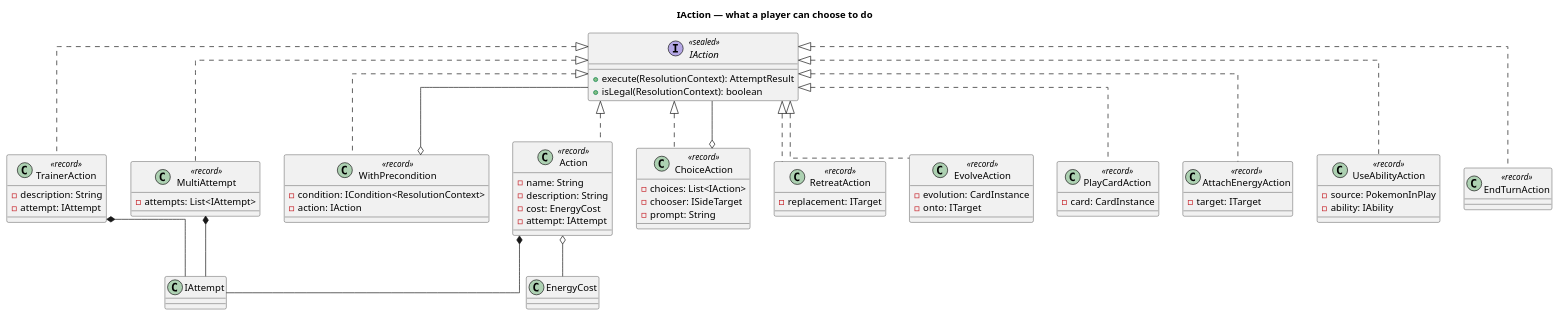
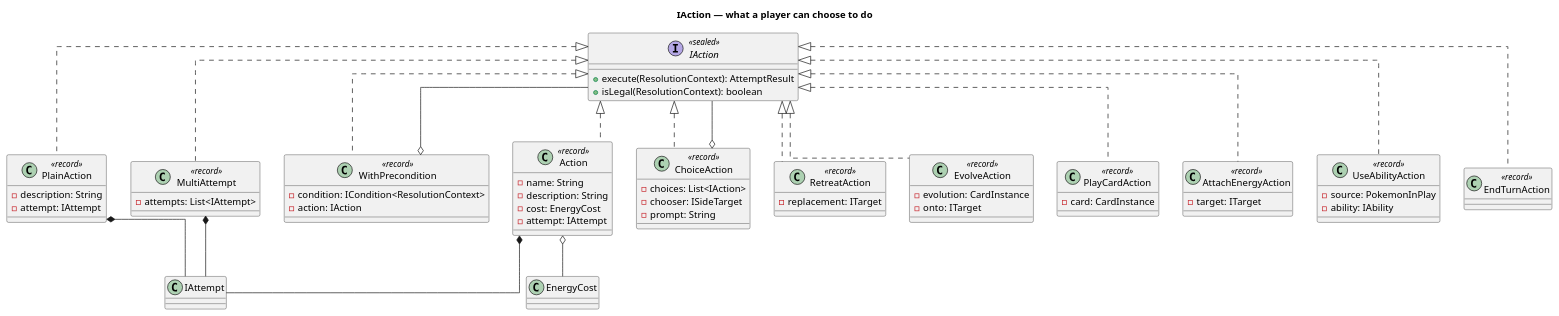
Before and after one commit to Richie-Moon/TCGPocketBattler: the diagram in docs/UML/IAction.puml, drawn with PlantUML. The commit also changed 5 other files, not shown here.

First line of the commit message:
refactor: Rename TrainerAction to PlainAction

```diff
--- a/docs/UML/IAction.puml
+++ b/docs/UML/IAction.puml
@@ -1,89 +1,96 @@
 @startuml
 title IAction — what a player can choose to do
 
 skinparam linetype ortho
 
 interface IAction <<sealed>> {
     + execute(ResolutionContext): AttemptResult
     /' Used by Battle.legalActions to filter what the player is offered.
        See GameFlow.puml. '/
     + isLegal(ResolutionContext): boolean
 }
 
 /' --- printed on cards --- '/
 
 /' An attack. '/
 class Action <<record>> implements IAction {
     - name: String
     - description: String
     /' Gates the attack on attached energy — previously missing, so no attack
        could be restricted at all. See Energy.puml. '/
     - cost: EnergyCost
     - attempt: IAttempt
 }
 
-class TrainerAction <<record>> implements IAction {
+/'
+  No cost and no gate: an attempt, and nothing else. Serves a Trainer card AND
+  an ActivatedAbility, which look unrelated but are the same shape once the
+  gating is taken out. The gating lives in PlayCardAction and UseAbilityAction
+  respectively, which is why isLegal here is unconditionally true.
+  (Was TrainerAction, which read wrong on a Pokemon ability.)
+'/
+class PlainAction <<record>> implements IAction {
     - description: String
     - attempt: IAttempt
 }
 
 /' --- combinators --- '/
 
 class WithPrecondition <<record>> implements IAction {
     - condition: ICondition<ResolutionContext>
     - action: IAction
 }
 
 /' Each attempt is made independently: one failing does not stop the next.
    Contrast Attempt, which short-circuits internally. '/
 class MultiAttempt <<record>> implements IAction {
     - attempts: List<IAttempt>
 }
 
 /' "Choose one:" — the branch is picked at resolution time by an agent, not
    baked in when the card is built. See IPlayer.puml. '/
 class ChoiceAction <<record>> implements IAction {
     - choices: List<IAction>
     - chooser: ISideTarget
     - prompt: String
 }
 
 /' --- generated by the engine, not printed on a card --- '/
 
 /'
   Battle.legalActions(Side) returns these alongside the active Pokemon's
   attacks, so an IPlayer picks its whole turn from one uniform list. This is
   the piece that turns the model into a simulator rather than a card renderer.
 '/
 class RetreatAction <<record>> implements IAction {
     - replacement: ITarget
 }
 
 class EvolveAction <<record>> implements IAction {
     - evolution: CardInstance
     - onto: ITarget
 }
 
 class PlayCardAction <<record>> implements IAction {
     - card: CardInstance
 }
 
 class AttachEnergyAction <<record>> implements IAction {
     - target: ITarget
 }
 
 class UseAbilityAction <<record>> implements IAction {
     - source: PokemonInPlay
     - ability: IAbility
 }
 
 class EndTurnAction <<record>> implements IAction {}
 
 Action *-- IAttempt
 Action o-- EnergyCost
-TrainerAction *-- IAttempt
+PlainAction *-- IAttempt
 WithPrecondition o-- IAction
 MultiAttempt *-- IAttempt
 ChoiceAction o-- IAction
 
 @enduml
```
